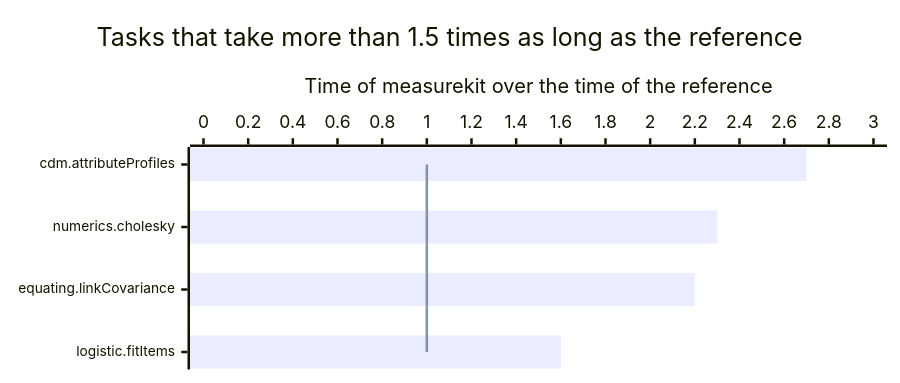
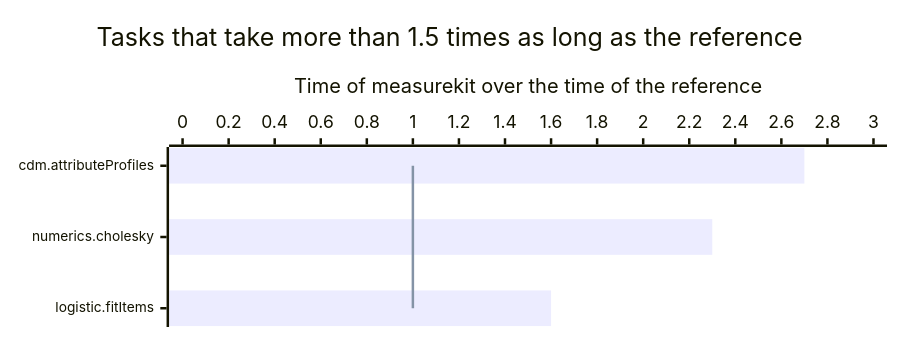
One commit to measurekit/measurekit changed the first of 13 diagrams in docs/performance.md. Above: the diagram before and after it, drawn with Mermaid. The commit also changed other lines of this file and 9 other files, not shown here.

Commit message:
Differentiate links and true-score equatings at a moved parameter by one Newton step from their solution, so that a central difference neither minimizes nor solves again: linkCovariance 9 times and linkedEquatingErrors 2.3 times as fast, and agreeing with equateIRT's analytic derivatives to 2e-10

````diff
--- a/docs/performance.md
+++ b/docs/performance.md
@@ -9,9 +9,9 @@
 ```mermaid
-%%{init: {"xyChart": {"height": 286, "xAxis": {"labelFontSize": 11}}}}%%
+%%{init: {"xyChart": {"height": 252, "xAxis": {"labelFontSize": 11}}}}%%
 xychart-beta horizontal
   title "Tasks that take more than 1.5 times as long as the reference"
-  x-axis ["cdm.attributeProfiles", "numerics.cholesky", "equating.linkCovariance", "logistic.fitItems"]
+  x-axis ["cdm.attributeProfiles", "numerics.cholesky", "logistic.fitItems"]
   y-axis "Time of measurekit over the time of the reference" 0 --> 3
-  bar [2.7, 2.3, 2.2, 1.6]
-  line [1, 1, 1, 1]
+  bar [2.7, 2.3, 1.6]
+  line [1, 1, 1]
 ```
````
